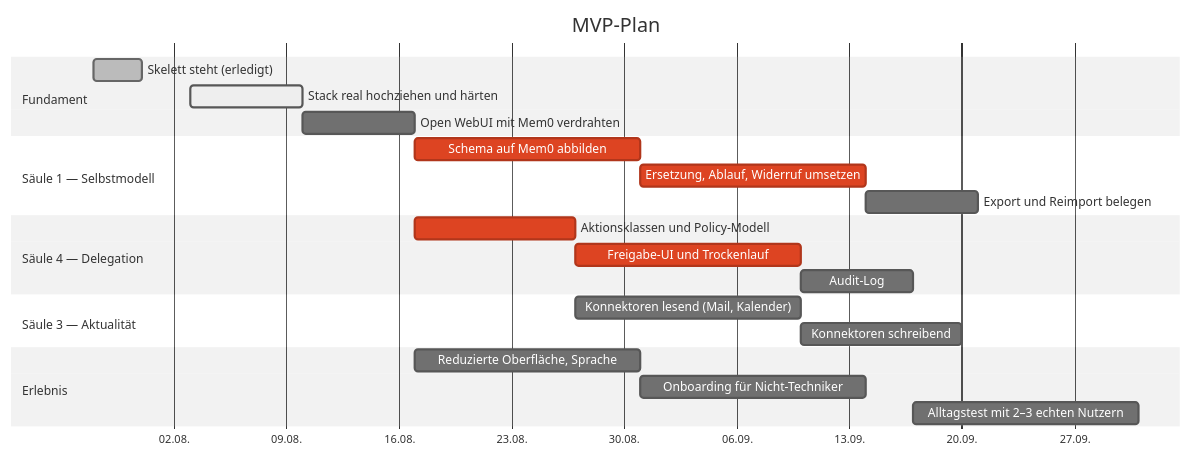
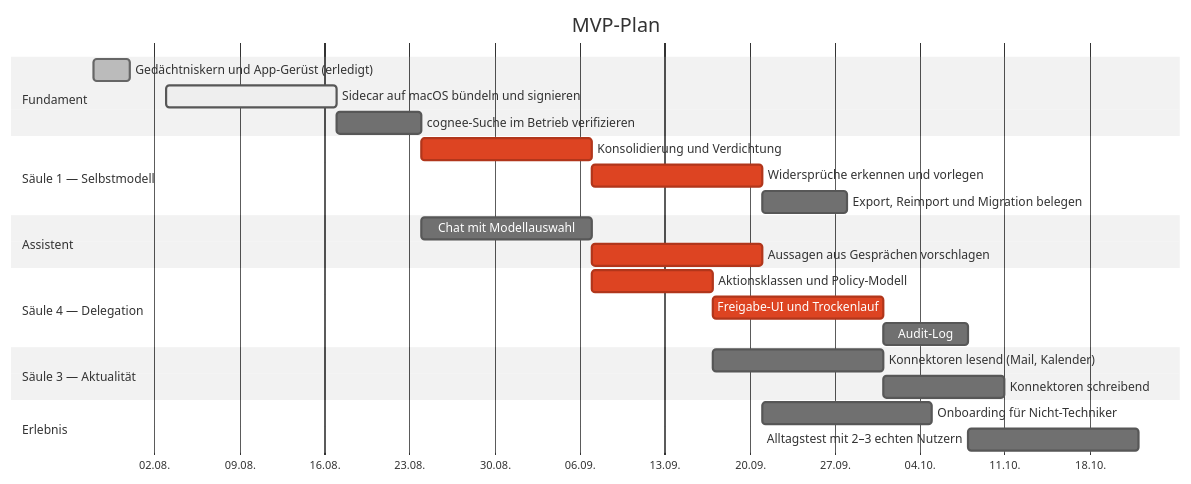
One commit to Icarus-health/Icarus changed the diagram in docs/04-roadmap.md. Above: the diagram before and after it, drawn with Mermaid (neutral theme). The commit also changed other lines of this file and 34 other files, not shown here.

````diff
--- a/docs/04-roadmap.md
+++ b/docs/04-roadmap.md
@@ -11,30 +11,33 @@
 ```mermaid
 gantt
     title MVP-Plan
     dateFormat  YYYY-MM-DD
     axisFormat  %d.%m.
 
     section Fundament
-    Skelett steht (erledigt)              :done,    f1, 2026-07-28, 3d
-    Stack real hochziehen und härten      :active,  f2, 2026-08-03, 7d
-    Open WebUI mit Mem0 verdrahten        :         f3, after f2, 7d
+    Gedächtniskern und App-Gerüst (erledigt) :done,    f1, 2026-07-28, 3d
+    Sidecar auf macOS bündeln und signieren  :active,  f2, 2026-08-03, 14d
+    cognee-Suche im Betrieb verifizieren     :         f3, after f2, 7d
 
     section Säule 1 — Selbstmodell
-    Schema auf Mem0 abbilden              :crit,    s1, after f3, 14d
-    Ersetzung, Ablauf, Widerruf umsetzen  :crit,    s2, after s1, 14d
-    Export und Reimport belegen           :         s3, after s2, 7d
+    Konsolidierung und Verdichtung           :crit,    s1, after f3, 14d
+    Widersprüche erkennen und vorlegen       :crit,    s2, after s1, 14d
+    Export, Reimport und Migration belegen   :         s3, after s2, 7d
+
+    section Assistent
+    Chat mit Modellauswahl                   :         c1, after f3, 14d
+    Aussagen aus Gesprächen vorschlagen      :crit,    c2, after c1, 14d
 
     section Säule 4 — Delegation
-    Aktionsklassen und Policy-Modell      :crit,    d1, after f3, 10d
-    Freigabe-UI und Trockenlauf           :crit,    d2, after d1, 14d
-    Audit-Log                             :         d3, after d2, 7d
+    Aktionsklassen und Policy-Modell         :crit,    d1, after c1, 10d
+    Freigabe-UI und Trockenlauf              :crit,    d2, after d1, 14d
+    Audit-Log                                :         d3, after d2, 7d
 
     section Säule 3 — Aktualität
-    Konnektoren lesend (Mail, Kalender)   :         a1, after d1, 14d
-    Konnektoren schreibend                :         a2, after d2, 10d
+    Konnektoren lesend (Mail, Kalender)      :         a1, after d1, 14d
+    Konnektoren schreibend                   :         a2, after d2, 10d
 
     section Erlebnis
-    Reduzierte Oberfläche, Sprache        :         e1, after f3, 14d
-    Onboarding für Nicht-Techniker        :         e2, after e1, 14d
-    Alltagstest mit 2–3 echten Nutzern    :         e3, after d3, 14d
+    Onboarding für Nicht-Techniker           :         e1, after c2, 14d
+    Alltagstest mit 2–3 echten Nutzern       :         e3, after d3, 14d
 ```
````
